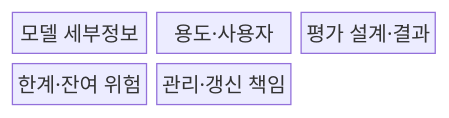
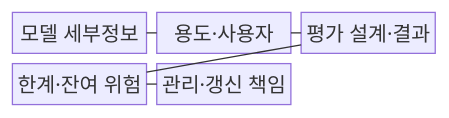
One commit to agnusdei1207/knowledge-base changed the first of 2 diagrams in src/content/docs/notes/08-latest-tech/107_model_card.md. Above: the diagram before and after it, drawn with Mermaid. The commit also changed other lines of this file and 228 other files, not shown here.

````diff
--- a/src/content/docs/notes/08-latest-tech/107_model_card.md
+++ b/src/content/docs/notes/08-latest-tech/107_model_card.md
@@ -48,9 +48,13 @@
 ```mermaid
 block-beta
     columns 3
     I["모델 세부정보"]
     U["용도·사용자"]
     E["평가 설계·결과"]
     L["한계·잔여 위험"]
     G["관리·갱신 책임"]
+    I --- U
+    U --- E
+    E --- L
+    L --- G
 ```
````
